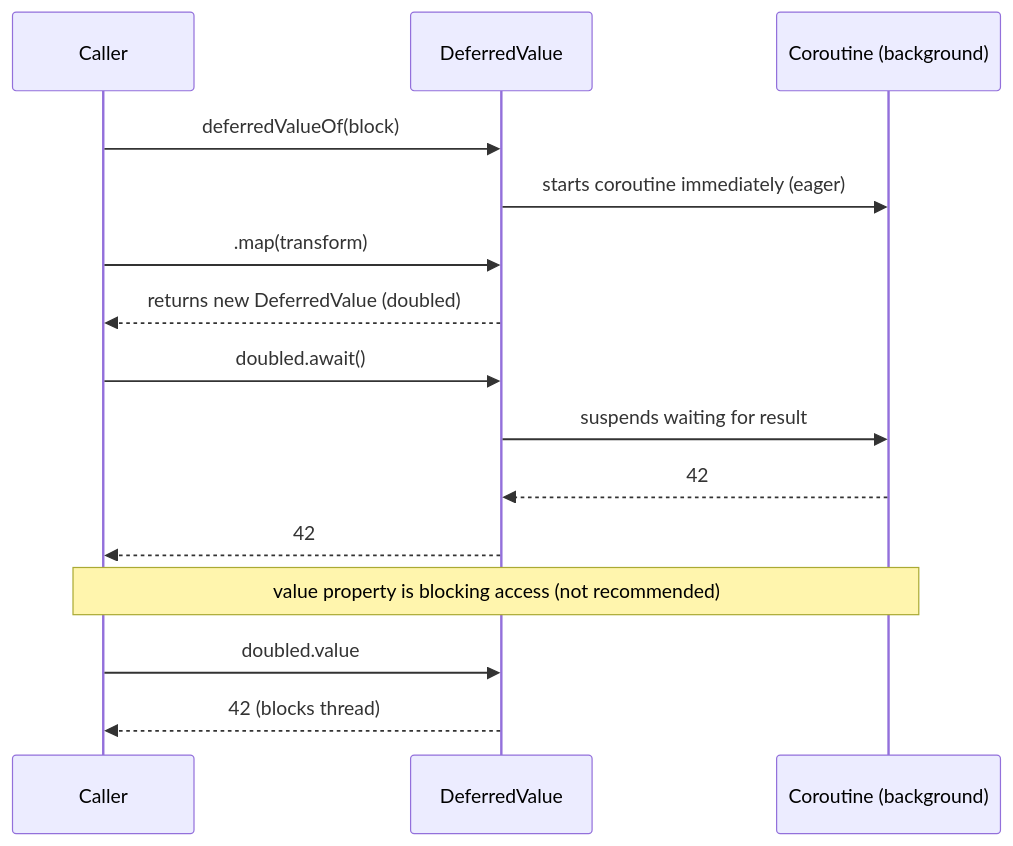
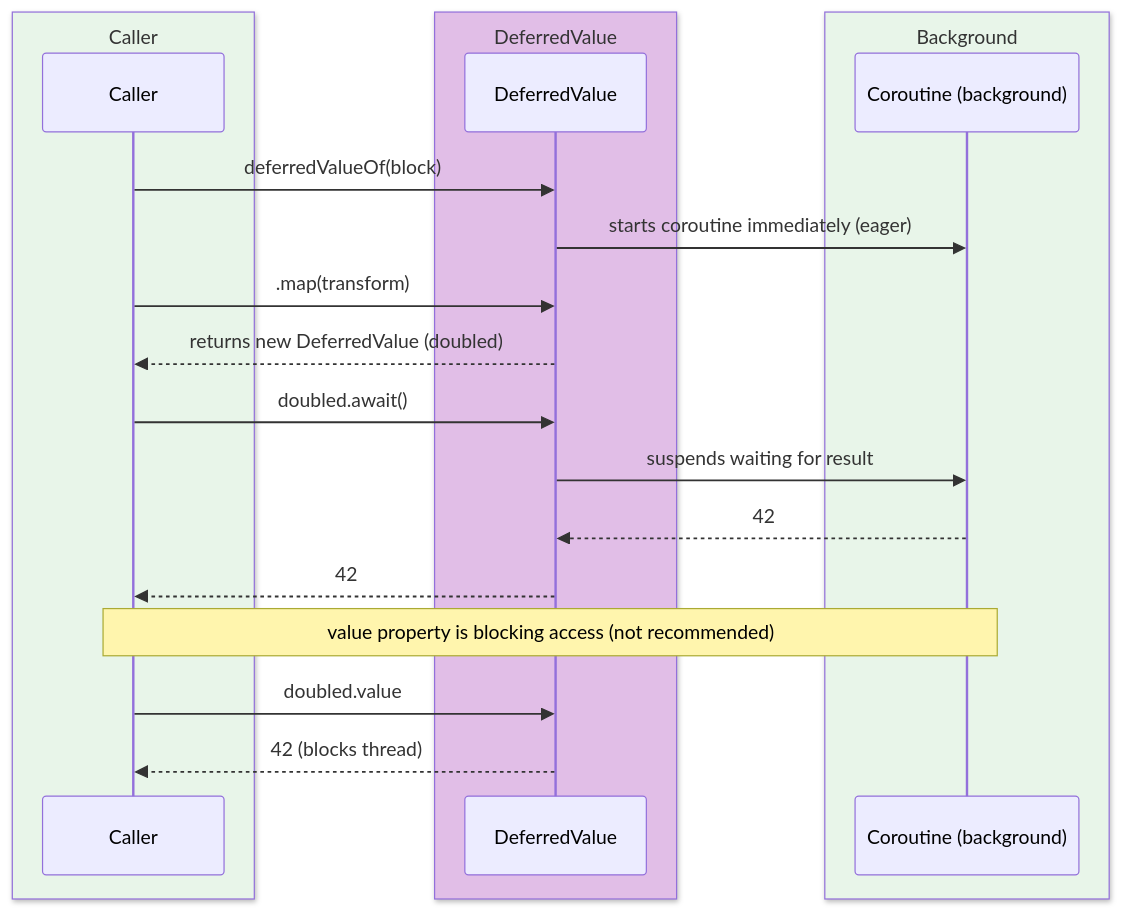
One commit to bluetape4k/bluetape4k-projects changed the third of 16 diagrams in bluetape4k/coroutines/README.md. Above: the diagram before and after it, drawn with Mermaid. The commit also changed other lines of this file and 221 other files, not shown here.

First line of the commit message:
docs: 전체 모듈 README UML 다이어그램 보강 및 색상 업그레이드

````diff
--- a/bluetape4k/coroutines/README.md
+++ b/bluetape4k/coroutines/README.md
@@ -131,21 +155,27 @@
 ```mermaid
 sequenceDiagram
-    participant C as Caller
-    participant DV as DeferredValue
-    participant Co as Coroutine (background)
+    box rgb(232, 245, 233) Caller
+        participant C as Caller
+    end
+    box rgb(225, 190, 231) DeferredValue
+        participant DV as DeferredValue
+    end
+    box rgb(232, 245, 233) Background
+        participant Co as Coroutine (background)
+    end
 
     C->>DV: deferredValueOf(block)
     DV->>Co: starts coroutine immediately (eager)
 
     C->>DV: .map(transform)
     DV-->>C: returns new DeferredValue (doubled)
 
     C->>DV: doubled.await()
     DV->>Co: suspends waiting for result
     Co-->>DV: 42
     DV-->>C: 42
 
     Note over C,Co: value property is blocking access (not recommended)
     C->>DV: doubled.value
     DV-->>C: 42 (blocks thread)
 ```
````
